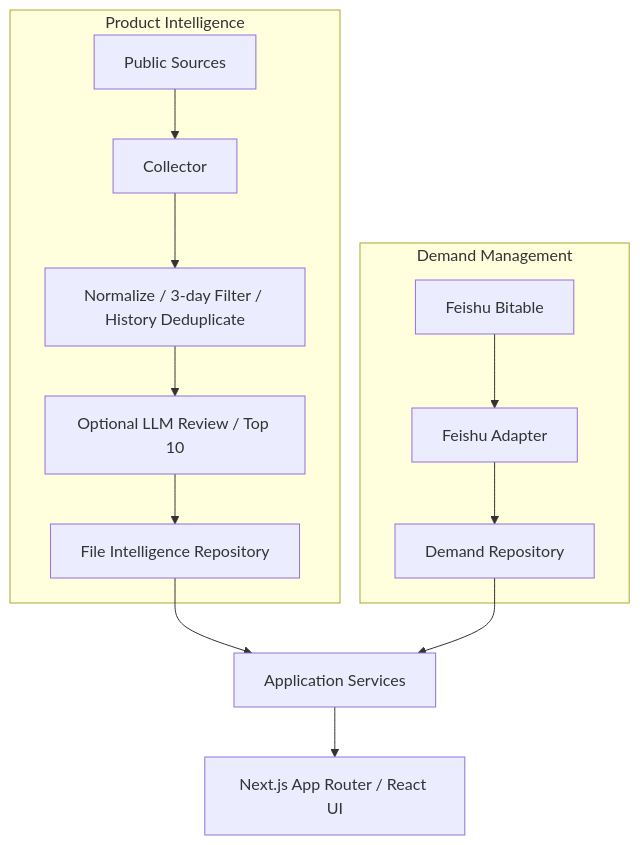
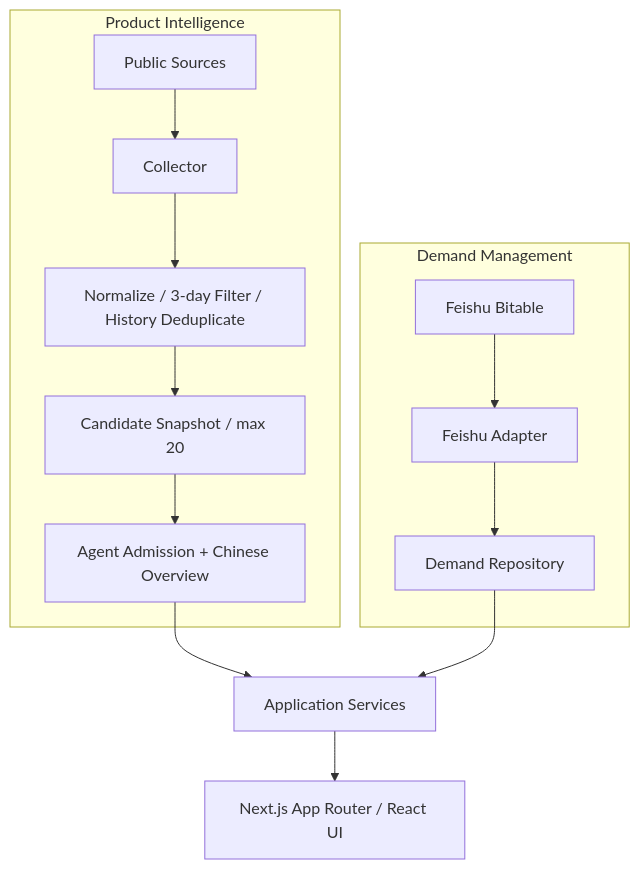
Before and after one commit to bbc804208302/AIPM-: the third of 5 diagrams in README.md, drawn with Mermaid. The commit also changed other lines of this file and 39 other files, not shown here.

Commit message:
feat: integrate agent-driven intelligence admission

````diff
--- a/README.md
+++ b/README.md
@@ -155,18 +154,18 @@
 ```mermaid
 flowchart TB
   subgraph Intelligence[Product Intelligence]
     PS[Public Sources] --> CO[Collector]
     CO --> NR[Normalize / 3-day Filter / History Deduplicate]
-    NR --> LR[Optional LLM Review / Top 10]
-    LR --> IR[File Intelligence Repository]
+    NR --> IR[Candidate Snapshot / max 20]
+    IR --> IA[Agent Admission + Chinese Overview]
   end
 
   subgraph Demand[Demand Management]
     FB[Feishu Bitable] --> FA[Feishu Adapter]
     FA --> DR[Demand Repository]
   end
 
-  IR --> AS[Application Services]
+  IA --> AS[Application Services]
   DR --> AS
   AS --> UI[Next.js App Router / React UI]
 ```
````
